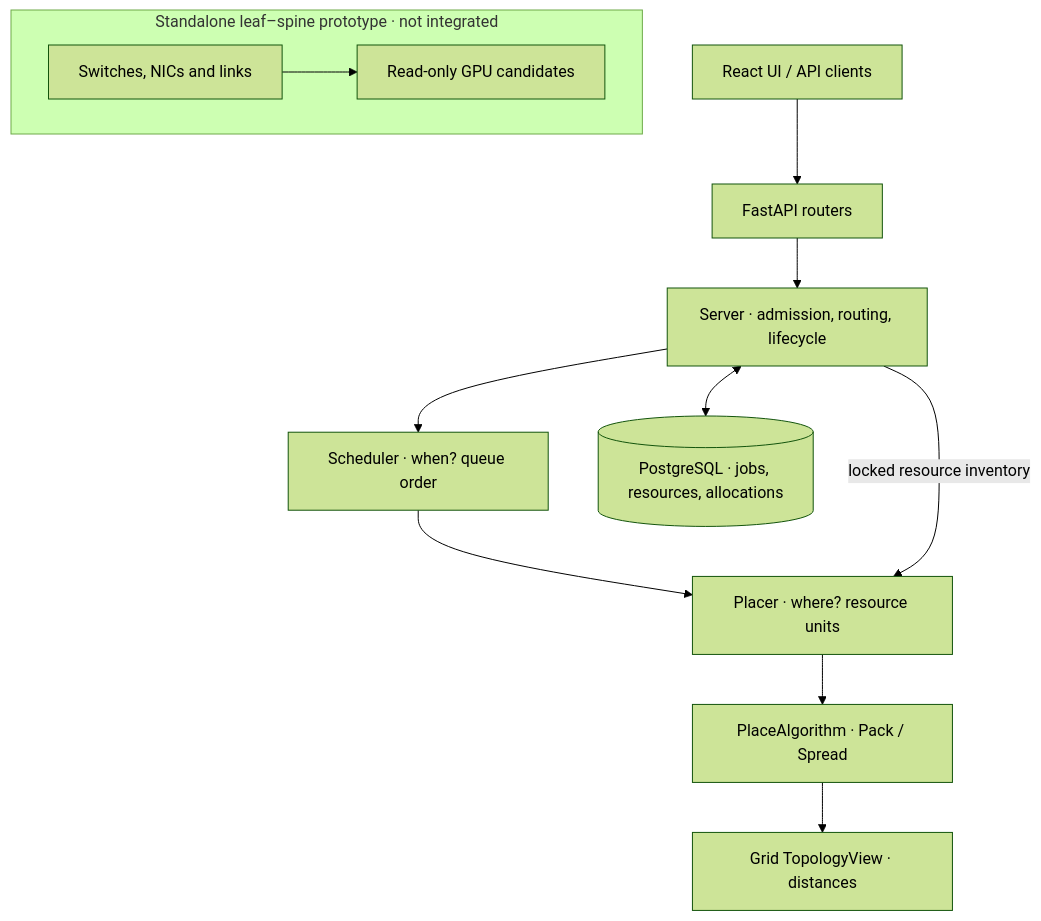
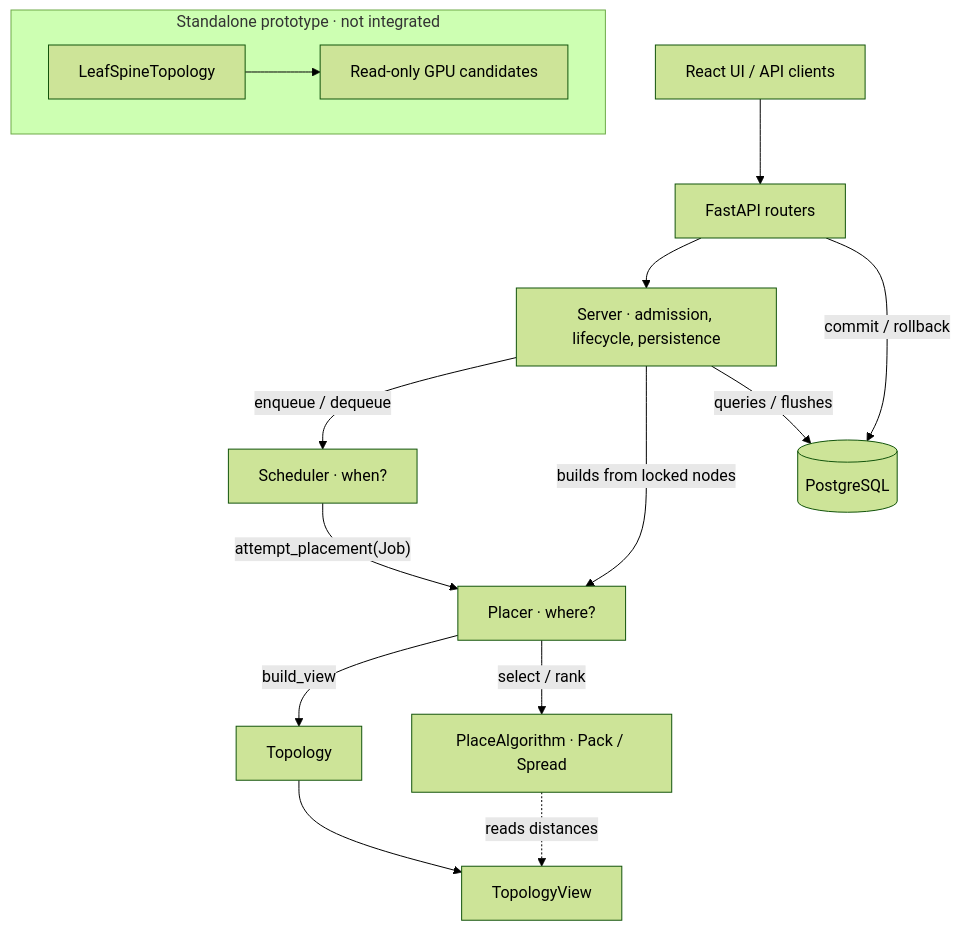
The diagram in README.md (labo-man002/job-scheduler), drawn with Mermaid (forest theme) before and after one commit.

Commit message:
docs: correct high-level scheduling and placement call arrows

````diff
--- a/README.md
+++ b/README.md
@@ -50,15 +50,18 @@
 ```mermaid
 flowchart TD
     UI["React UI / API clients"] --> R["FastAPI routers"]
-    R --> S["Server · admission, routing, lifecycle"]
-    S --> Q["Scheduler · when? queue order"]
-    Q --> P["Placer · where? resource units"]
-    P --> POLICY["PlaceAlgorithm · Pack / Spread"]
-    POLICY --> T["Grid TopologyView · distances"]
-    S <--> DB[("PostgreSQL · jobs, resources, allocations")]
-    S -- "locked resource inventory" --> P
+    R --> S["Server · admission, lifecycle, persistence"]
+    S -- "enqueue / dequeue" --> Q["Scheduler · when?"]
+    S -- "builds from locked nodes" --> P["Placer · where?"]
+    Q -- "attempt_placement(Job)" --> P
+    P -- "build_view" --> T["Topology"]
+    T --> V["TopologyView"]
+    P -- "select / rank" --> ALG["PlaceAlgorithm · Pack / Spread"]
+    ALG -. "reads distances" .-> V
+    S -- "queries / flushes" --> DB[("PostgreSQL")]
+    R -- "commit / rollback" --> DB
 
-    subgraph F["Standalone leaf–spine prototype · not integrated"]
-        LS["Switches, NICs and links"] --> CF["Read-only GPU candidates"]
+    subgraph FABRIC["Standalone prototype · not integrated"]
+        LS["LeafSpineTopology"] --> CF["Read-only GPU candidates"]
     end
 ```
````
